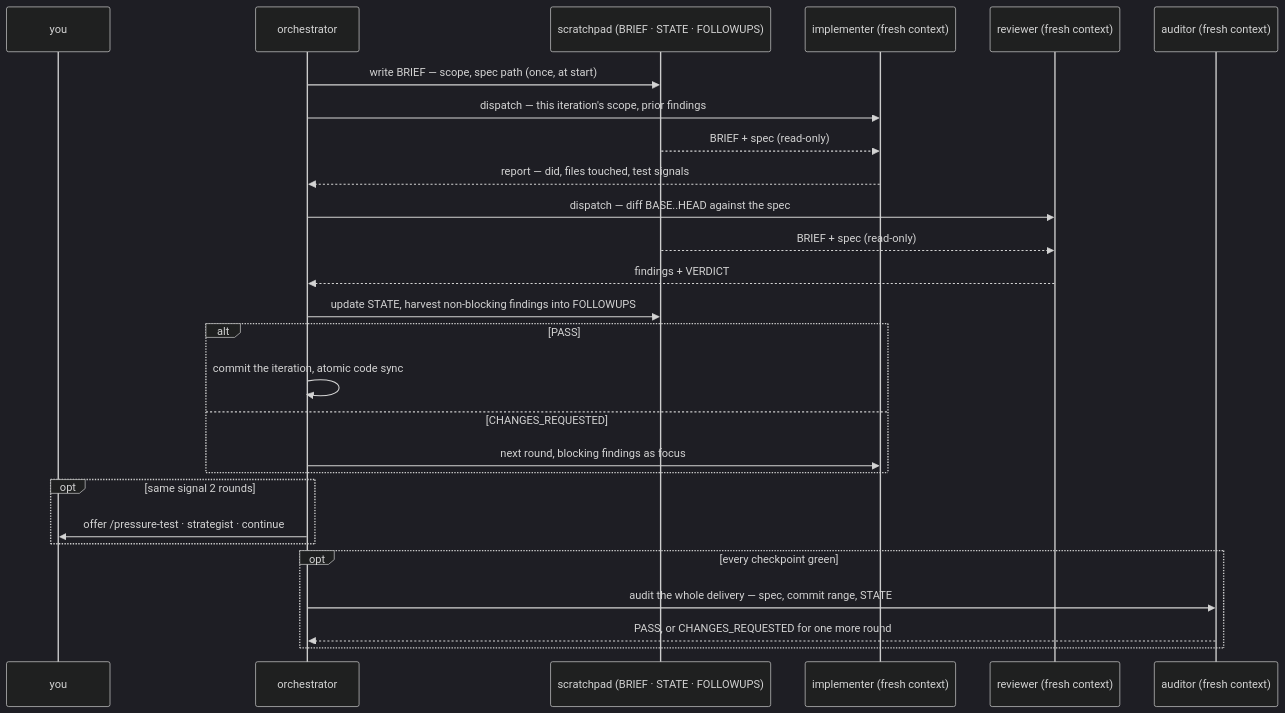
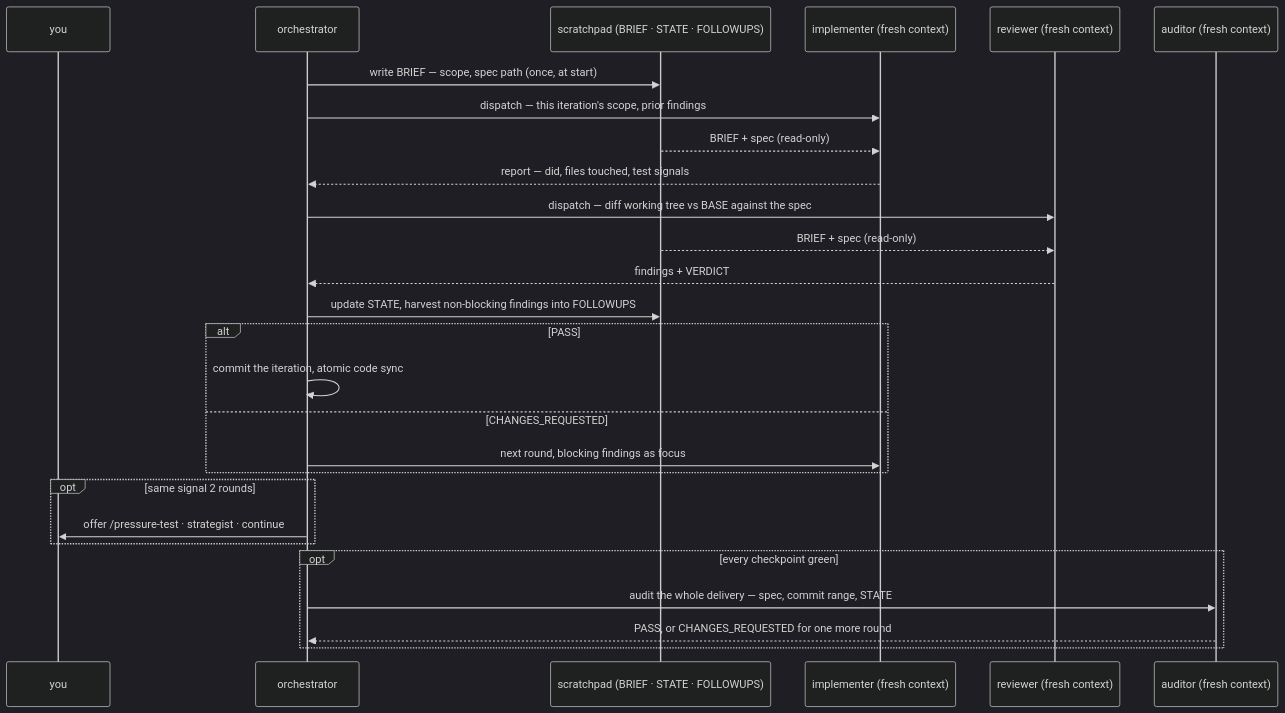
One commit to damusix/atomic-claude changed the second of 2 diagrams in docs/reference/workflow.md. Above: the diagram before and after it, drawn with Mermaid (dark theme). The commit also changed other lines of this file and 28 other files, not shown here.

````diff
--- a/docs/reference/workflow.md
+++ b/docs/reference/workflow.md
@@ -104,31 +106,31 @@
 ```mermaid
 sequenceDiagram
     accTitle: One iteration of the implement-review loop, and the final audit
     accDescr: The orchestrator writes the scratchpad files. It dispatches the implementer and the reviewer, each of which reads the brief and the spec and reports back. The orchestrator updates STATE, harvests non-blocking findings into FOLLOWUPS, commits on PASS or re-dispatches on CHANGES_REQUESTED, offers escalation to the user when stuck, and dispatches the auditor once when every checkpoint is green.
     participant U as you
     participant O as orchestrator
     participant S as scratchpad (BRIEF · STATE · FOLLOWUPS)
     participant I as implementer (fresh context)
     participant R as reviewer (fresh context)
     participant A as auditor (fresh context)
     O->>S: write BRIEF — scope, spec path (once, at start)
     O->>I: dispatch — this iteration's scope, prior findings
     S-->>I: BRIEF + spec (read-only)
     I-->>O: report — did, files touched, test signals
-    O->>R: dispatch — diff BASE..HEAD against the spec
+    O->>R: dispatch — diff working tree vs BASE against the spec
     S-->>R: BRIEF + spec (read-only)
     R-->>O: findings + VERDICT
     O->>S: update STATE, harvest non-blocking findings into FOLLOWUPS
     alt PASS
         O->>O: commit the iteration, atomic code sync
     else CHANGES_REQUESTED
         O->>I: next round, blocking findings as focus
     end
     opt same signal 2 rounds
         O->>U: offer /pressure-test · strategist · continue
     end
     opt every checkpoint green
         O->>A: audit the whole delivery — spec, commit range, STATE
         A-->>O: PASS, or CHANGES_REQUESTED for one more round
     end
 ```
````
